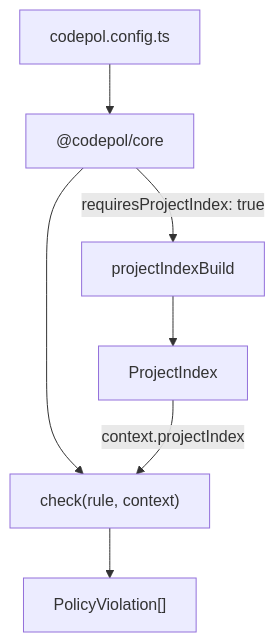
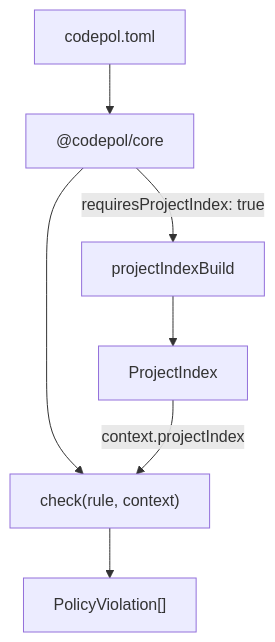
One commit to fruitiecutiepie/codepol changed the diagram in docs/cross-file-analysis.md. Above: the diagram before and after it, drawn with Mermaid. The commit also changed other lines of this file and 49 other files, not shown here.

Commit message:
refactor codepol.config.ts to toml

````diff
--- a/docs/cross-file-analysis.md
+++ b/docs/cross-file-analysis.md
@@ -12,9 +12,9 @@
 ```mermaid
 flowchart TD
-    Config["codepol.config.ts"] --> Core["@codepol/core"]
+    Config["codepol.toml"] --> Core["@codepol/core"]
     Core -->|"requiresProjectIndex: true"| Build["projectIndexBuild"]
     Build --> PI["ProjectIndex"]
     Core --> Check["check(rule, context)"]
     PI -->|"context.projectIndex"| Check
     Check --> Violations["PolicyViolation[]"]
 ```
````
